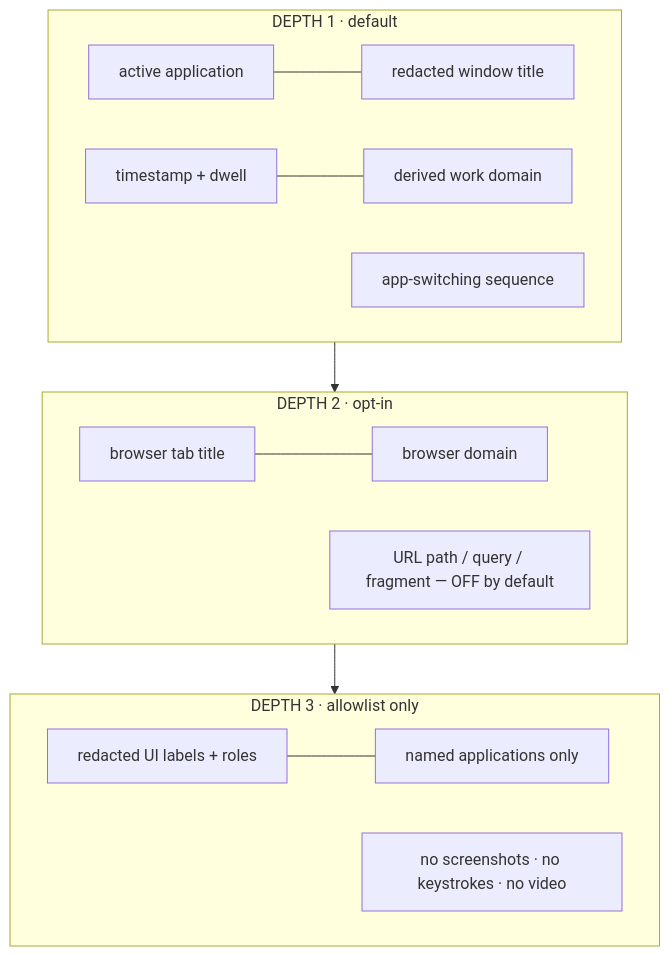
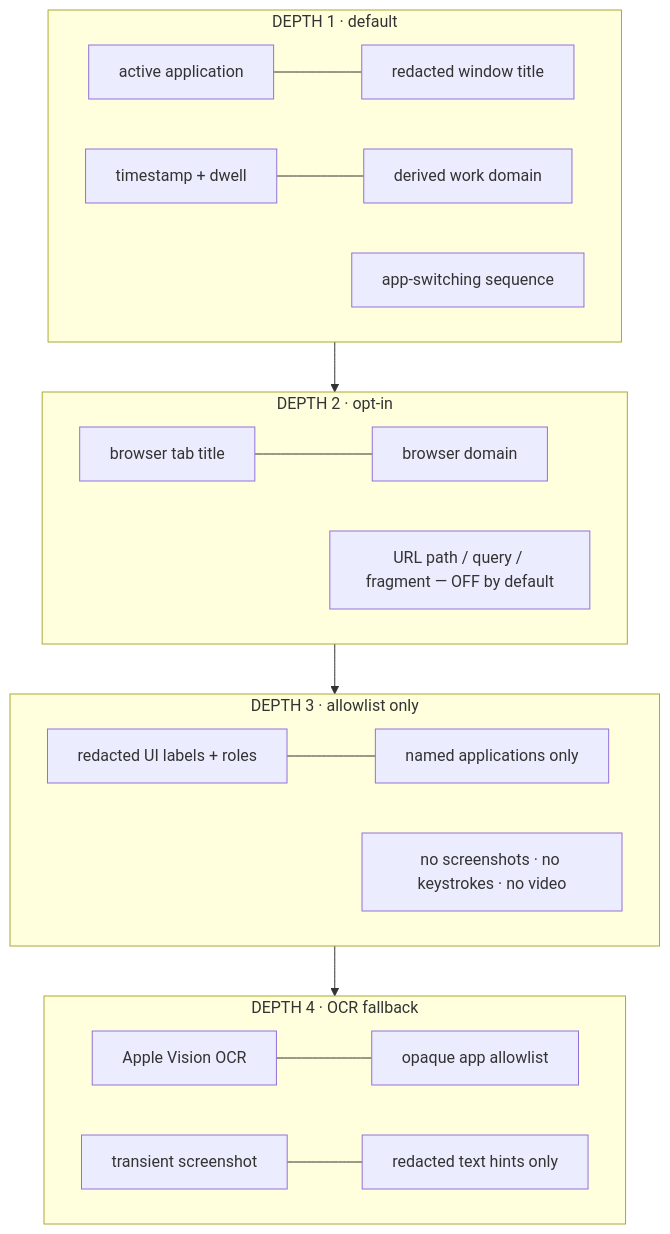
One commit to gagans23/digital-twin-sensor changed the second of 5 diagrams in README.md. Above: the diagram before and after it, drawn with Mermaid. The commit also changed other lines of this file and 20 other files, not shown here.

````diff
--- a/README.md
+++ b/README.md
@@ -58,17 +58,21 @@
 ```mermaid
 flowchart TB
   subgraph D1["DEPTH 1 · default"]
     A1["active application"] --- A2["redacted window title"]
     A3["timestamp + dwell"] --- A4["derived work domain"]
     A5["app-switching sequence"]
   end
   subgraph D2["DEPTH 2 · opt-in"]
     B1["browser tab title"] --- B2["browser domain"]
     B3["URL path / query / fragment — OFF by default"]
   end
   subgraph D3["DEPTH 3 · allowlist only"]
     C1["redacted UI labels + roles"] --- C2["named applications only"]
     C3["no screenshots · no keystrokes · no video"]
   end
-  D1 --> D2 --> D3
+  subgraph D4["DEPTH 4 · OCR fallback"]
+    O1["Apple Vision OCR"] --- O2["opaque app allowlist"]
+    O3["transient screenshot"] --- O4["redacted text hints only"]
+  end
+  D1 --> D2 --> D3 --> D4
 ```
````
